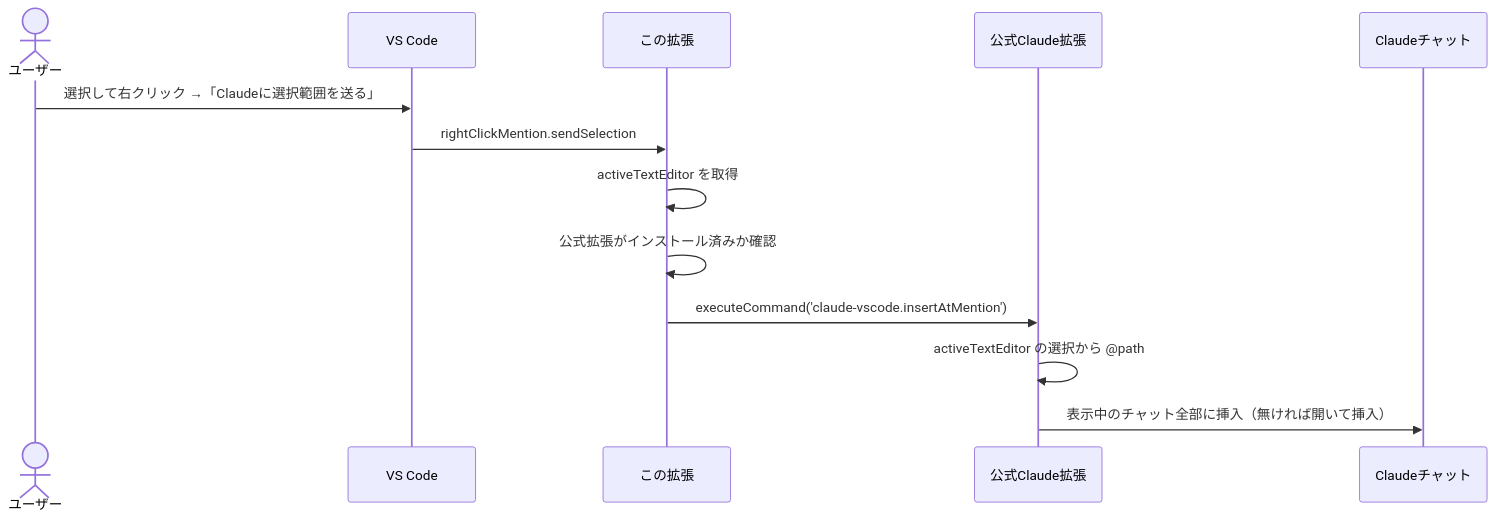
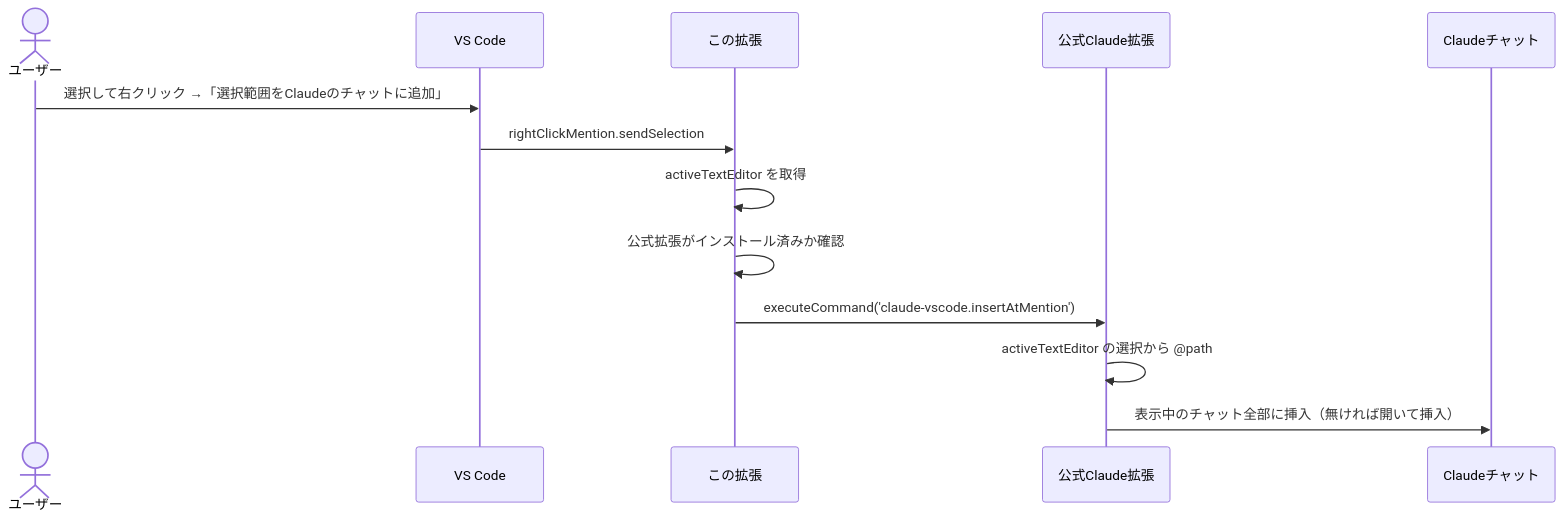
Before and after one commit to kip2/refs-to-chat: the third of 6 diagrams in docs/ARCHITECTURE.md, drawn with Mermaid. The commit also changed other lines of this file and 3 other files, not shown here.

````diff
--- a/docs/ARCHITECTURE.md
+++ b/docs/ARCHITECTURE.md
@@ -143,16 +143,16 @@
 ```mermaid
 sequenceDiagram
   actor U as ユーザー
   participant VS as VS Code
   participant E as この拡張
   participant C as 公式Claude拡張
   participant W as Claudeチャット
 
-  U->>VS: 選択して右クリック →「Claudeに選択範囲を送る」
+  U->>VS: 選択して右クリック →「選択範囲をClaudeのチャットに追加」
   VS->>E: rightClickMention.sendSelection
   E->>E: activeTextEditor を取得
   E->>E: 公式拡張がインストール済みか確認
   E->>C: executeCommand('claude-vscode.insertAtMention')
   C->>C: activeTextEditor の選択から @path#5-10 を作る
   C->>W: 表示中のチャット全部に挿入（無ければ開いて挿入）
 ```
````
